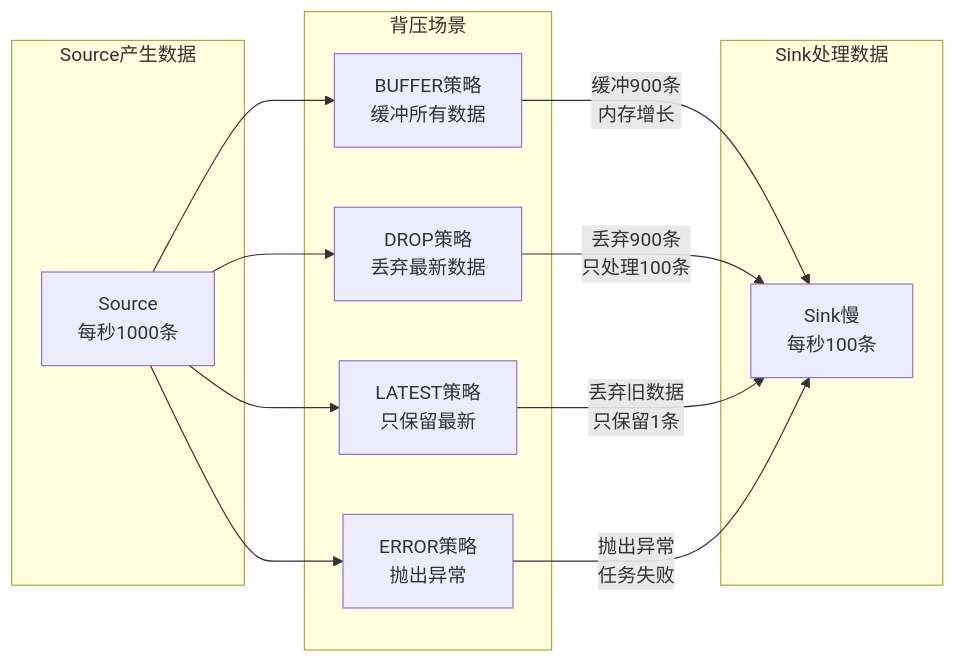
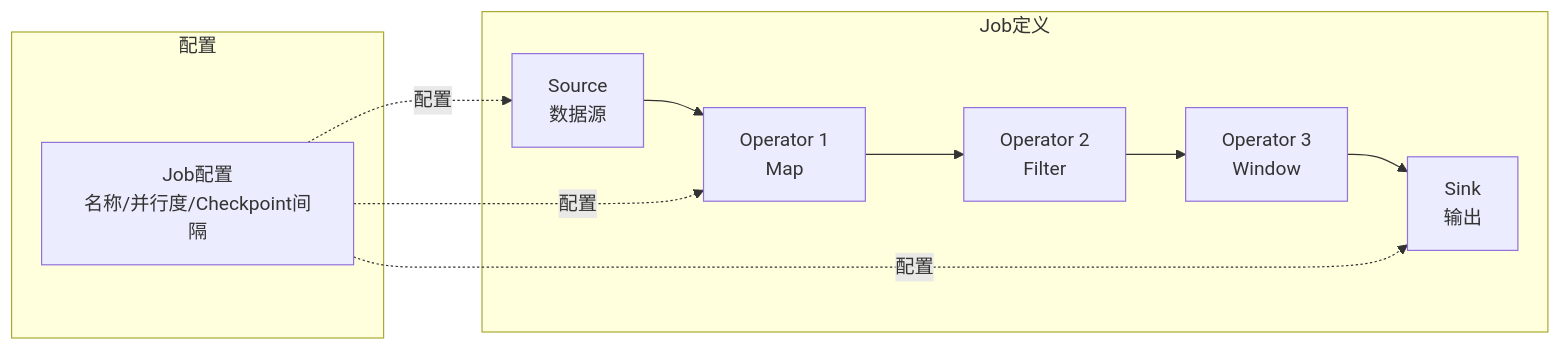
Before and after one commit to 312268112/advanced-java: the fifth of 8 diagrams in pipeline-framework-design.md, drawn with Mermaid. The commit also changed other lines of this file, not shown here.

````diff
--- a/pipeline-framework-design.md
+++ b/pipeline-framework-design.md
@@ -319,27 +1056,19 @@
 ```mermaid
 graph LR
-    subgraph "Source产生数据"
-        S[Source<br/>每秒1000条]
+    subgraph "Job定义"
+        Source[Source<br/>数据源]
+        Op1[Operator 1<br/>Map]
+        Op2[Operator 2<br/>Filter]
+        Op3[Operator 3<br/>Window]
+        Sink[Sink<br/>输出]
     end
     
-    subgraph "背压场景"
-        B1[BUFFER策略<br/>缓冲所有数据]
-        B2[DROP策略<br/>丢弃最新数据]
-        B3[LATEST策略<br/>只保留最新]
-        B4[ERROR策略<br/>抛出异常]
+    subgraph "配置"
+        Config[Job配置<br/>名称/并行度/Checkpoint间隔]
     end
     
-    subgraph "Sink处理数据"
-        K1[Sink慢<br/>每秒100条]
-    end
-    
-    S --> B1
-    S --> B2
-    S --> B3
-    S --> B4
-    
-    B1 -->|缓冲900条<br/>内存增长| K1
-    B2 -->|丢弃900条<br/>只处理100条| K1
-    B3 -->|丢弃旧数据<br/>只保留1条| K1
-    B4 -->|抛出异常<br/>任务失败| K1
+    Source --> Op1 --> Op2 --> Op3 --> Sink
+    Config -.配置.-> Source
+    Config -.配置.-> Op1
+    Config -.配置.-> Sink
 ```
````
